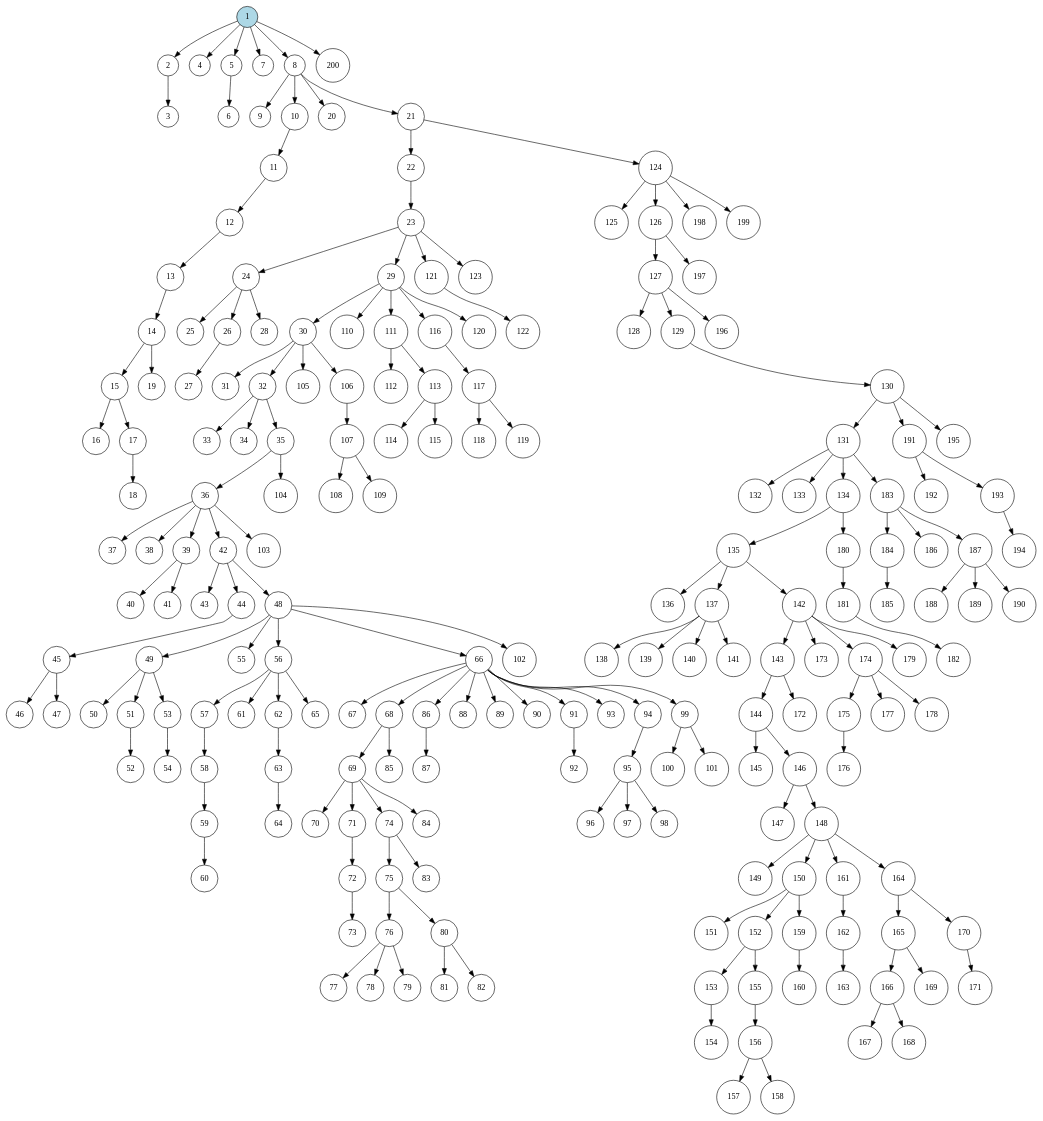
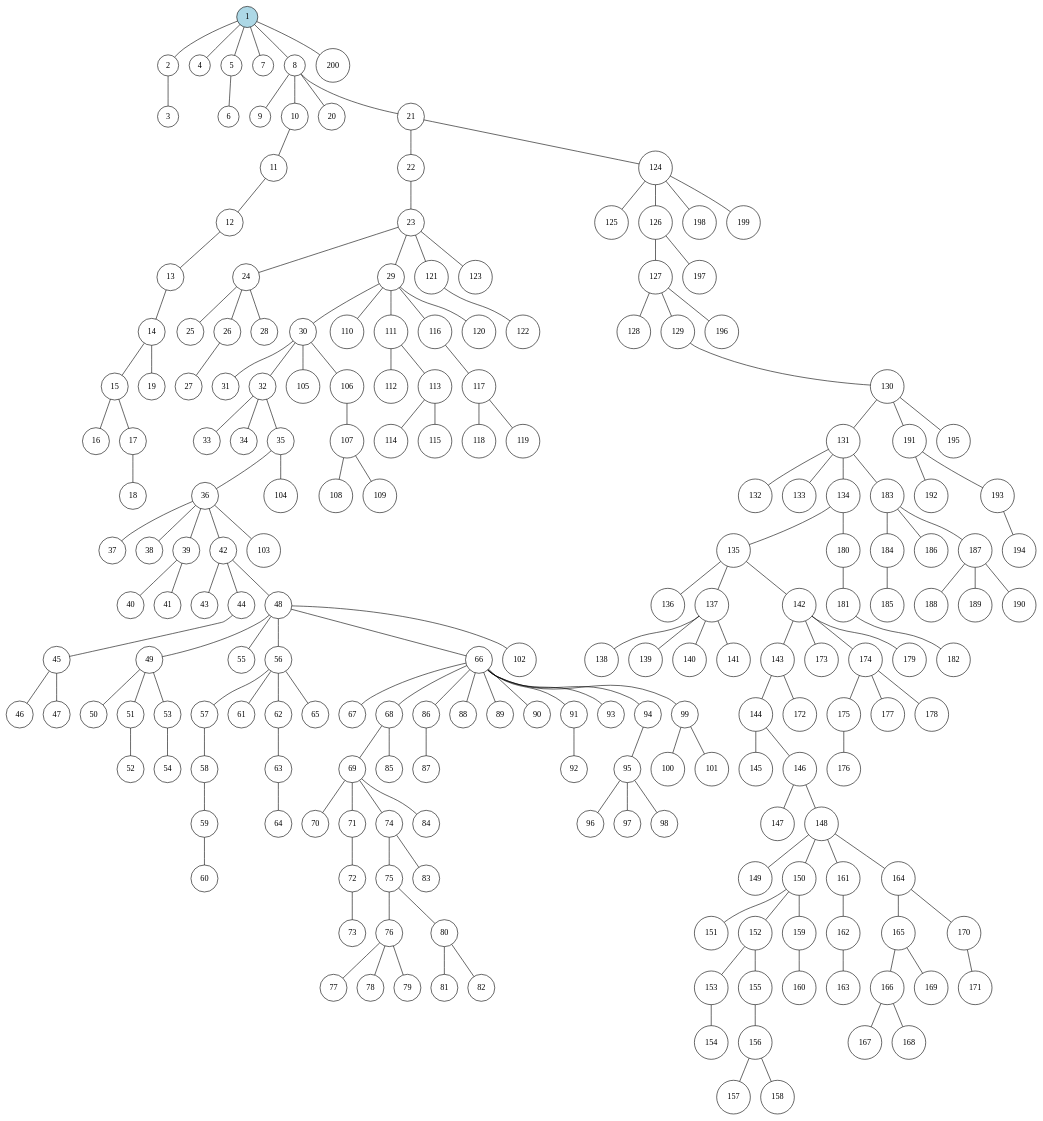
The diagram in results/dot/random-200.dot (goga-59/tree-reconstruction), drawn with Graphviz before and after one commit. The commit also changed 22 other files, not shown here.

```diff
--- a/results/dot/random-200.dot
+++ b/results/dot/random-200.dot
@@ -1,204 +1,203 @@
-digraph Tree {
-	graph [ordering=out];
+graph Tree {
 	node [shape=circle];
 	1 [style=filled, fillcolor=lightblue];
-	1 -> 2;
-	2 -> 3;
-	1 -> 4;
-	1 -> 5;
-	5 -> 6;
-	1 -> 7;
-	1 -> 8;
-	8 -> 9;
-	8 -> 10;
-	10 -> 11;
-	11 -> 12;
-	12 -> 13;
-	13 -> 14;
-	14 -> 15;
-	15 -> 16;
-	15 -> 17;
-	17 -> 18;
-	14 -> 19;
-	8 -> 20;
-	8 -> 21;
-	21 -> 22;
-	22 -> 23;
-	23 -> 24;
-	24 -> 25;
-	24 -> 26;
-	26 -> 27;
-	24 -> 28;
-	23 -> 29;
-	29 -> 30;
-	30 -> 31;
-	30 -> 32;
-	32 -> 33;
-	32 -> 34;
-	32 -> 35;
-	35 -> 36;
-	36 -> 37;
-	36 -> 38;
-	36 -> 39;
-	39 -> 40;
-	39 -> 41;
-	36 -> 42;
-	42 -> 43;
-	42 -> 44;
-	44 -> 45;
-	45 -> 46;
-	45 -> 47;
-	42 -> 48;
-	48 -> 49;
-	49 -> 50;
-	49 -> 51;
-	51 -> 52;
-	49 -> 53;
-	53 -> 54;
-	48 -> 55;
-	48 -> 56;
-	56 -> 57;
-	57 -> 58;
-	58 -> 59;
-	59 -> 60;
-	56 -> 61;
-	56 -> 62;
-	62 -> 63;
-	63 -> 64;
-	56 -> 65;
-	48 -> 66;
-	66 -> 67;
-	66 -> 68;
-	68 -> 69;
-	69 -> 70;
-	69 -> 71;
-	71 -> 72;
-	72 -> 73;
-	69 -> 74;
-	74 -> 75;
-	75 -> 76;
-	76 -> 77;
-	76 -> 78;
-	76 -> 79;
-	75 -> 80;
-	80 -> 81;
-	80 -> 82;
-	74 -> 83;
-	69 -> 84;
-	68 -> 85;
-	66 -> 86;
-	86 -> 87;
-	66 -> 88;
-	66 -> 89;
-	66 -> 90;
-	66 -> 91;
-	91 -> 92;
-	66 -> 93;
-	66 -> 94;
-	94 -> 95;
-	95 -> 96;
-	95 -> 97;
-	95 -> 98;
-	66 -> 99;
-	99 -> 100;
-	99 -> 101;
-	48 -> 102;
-	36 -> 103;
-	35 -> 104;
-	30 -> 105;
-	30 -> 106;
-	106 -> 107;
-	107 -> 108;
-	107 -> 109;
-	29 -> 110;
-	29 -> 111;
-	111 -> 112;
-	111 -> 113;
-	113 -> 114;
-	113 -> 115;
-	29 -> 116;
-	116 -> 117;
-	117 -> 118;
-	117 -> 119;
-	29 -> 120;
-	23 -> 121;
-	121 -> 122;
-	23 -> 123;
-	21 -> 124;
-	124 -> 125;
-	124 -> 126;
-	126 -> 127;
-	127 -> 128;
-	127 -> 129;
-	129 -> 130;
-	130 -> 131;
-	131 -> 132;
-	131 -> 133;
-	131 -> 134;
-	134 -> 135;
-	135 -> 136;
-	135 -> 137;
-	137 -> 138;
-	137 -> 139;
-	137 -> 140;
-	137 -> 141;
-	135 -> 142;
-	142 -> 143;
-	143 -> 144;
-	144 -> 145;
-	144 -> 146;
-	146 -> 147;
-	146 -> 148;
-	148 -> 149;
-	148 -> 150;
-	150 -> 151;
-	150 -> 152;
-	152 -> 153;
-	153 -> 154;
-	152 -> 155;
-	155 -> 156;
-	156 -> 157;
-	156 -> 158;
-	150 -> 159;
-	159 -> 160;
-	148 -> 161;
-	161 -> 162;
-	162 -> 163;
-	148 -> 164;
-	164 -> 165;
-	165 -> 166;
-	166 -> 167;
-	166 -> 168;
-	165 -> 169;
-	164 -> 170;
-	170 -> 171;
-	143 -> 172;
-	142 -> 173;
-	142 -> 174;
-	174 -> 175;
-	175 -> 176;
-	174 -> 177;
-	174 -> 178;
-	142 -> 179;
-	134 -> 180;
-	180 -> 181;
-	181 -> 182;
-	131 -> 183;
-	183 -> 184;
-	184 -> 185;
-	183 -> 186;
-	183 -> 187;
-	187 -> 188;
-	187 -> 189;
-	187 -> 190;
-	130 -> 191;
-	191 -> 192;
-	191 -> 193;
-	193 -> 194;
-	130 -> 195;
-	127 -> 196;
-	126 -> 197;
-	124 -> 198;
-	124 -> 199;
-	1 -> 200;
+	1 -- 2;
+	2 -- 3;
+	1 -- 4;
+	1 -- 5;
+	5 -- 6;
+	1 -- 7;
+	1 -- 8;
+	8 -- 9;
+	8 -- 10;
+	10 -- 11;
+	11 -- 12;
+	12 -- 13;
+	13 -- 14;
+	14 -- 15;
+	15 -- 16;
+	15 -- 17;
+	17 -- 18;
+	14 -- 19;
+	8 -- 20;
+	8 -- 21;
+	21 -- 22;
+	22 -- 23;
+	23 -- 24;
+	24 -- 25;
+	24 -- 26;
+	26 -- 27;
+	24 -- 28;
+	23 -- 29;
+	29 -- 30;
+	30 -- 31;
+	30 -- 32;
+	32 -- 33;
+	32 -- 34;
+	32 -- 35;
+	35 -- 36;
+	36 -- 37;
+	36 -- 38;
+	36 -- 39;
+	39 -- 40;
+	39 -- 41;
+	36 -- 42;
+	42 -- 43;
+	42 -- 44;
+	44 -- 45;
+	45 -- 46;
+	45 -- 47;
+	42 -- 48;
+	48 -- 49;
+	49 -- 50;
+	49 -- 51;
+	51 -- 52;
+	49 -- 53;
+	53 -- 54;
+	48 -- 55;
+	48 -- 56;
+	56 -- 57;
+	57 -- 58;
+	58 -- 59;
+	59 -- 60;
+	56 -- 61;
+	56 -- 62;
+	62 -- 63;
+	63 -- 64;
+	56 -- 65;
+	48 -- 66;
+	66 -- 67;
+	66 -- 68;
+	68 -- 69;
+	69 -- 70;
+	69 -- 71;
+	71 -- 72;
+	72 -- 73;
+	69 -- 74;
+	74 -- 75;
+	75 -- 76;
+	76 -- 77;
+	76 -- 78;
+	76 -- 79;
+	75 -- 80;
+	80 -- 81;
+	80 -- 82;
+	74 -- 83;
+	69 -- 84;
+	68 -- 85;
+	66 -- 86;
+	86 -- 87;
+	66 -- 88;
+	66 -- 89;
+	66 -- 90;
+	66 -- 91;
+	91 -- 92;
+	66 -- 93;
+	66 -- 94;
+	94 -- 95;
+	95 -- 96;
+	95 -- 97;
+	95 -- 98;
+	66 -- 99;
+	99 -- 100;
+	99 -- 101;
+	48 -- 102;
+	36 -- 103;
+	35 -- 104;
+	30 -- 105;
+	30 -- 106;
+	106 -- 107;
+	107 -- 108;
+	107 -- 109;
+	29 -- 110;
+	29 -- 111;
+	111 -- 112;
+	111 -- 113;
+	113 -- 114;
+	113 -- 115;
+	29 -- 116;
+	116 -- 117;
+	117 -- 118;
+	117 -- 119;
+	29 -- 120;
+	23 -- 121;
+	121 -- 122;
+	23 -- 123;
+	21 -- 124;
+	124 -- 125;
+	124 -- 126;
+	126 -- 127;
+	127 -- 128;
+	127 -- 129;
+	129 -- 130;
+	130 -- 131;
+	131 -- 132;
+	131 -- 133;
+	131 -- 134;
+	134 -- 135;
+	135 -- 136;
+	135 -- 137;
+	137 -- 138;
+	137 -- 139;
+	137 -- 140;
+	137 -- 141;
+	135 -- 142;
+	142 -- 143;
+	143 -- 144;
+	144 -- 145;
+	144 -- 146;
+	146 -- 147;
+	146 -- 148;
+	148 -- 149;
+	148 -- 150;
+	150 -- 151;
+	150 -- 152;
+	152 -- 153;
+	153 -- 154;
+	152 -- 155;
+	155 -- 156;
+	156 -- 157;
+	156 -- 158;
+	150 -- 159;
+	159 -- 160;
+	148 -- 161;
+	161 -- 162;
+	162 -- 163;
+	148 -- 164;
+	164 -- 165;
+	165 -- 166;
+	166 -- 167;
+	166 -- 168;
+	165 -- 169;
+	164 -- 170;
+	170 -- 171;
+	143 -- 172;
+	142 -- 173;
+	142 -- 174;
+	174 -- 175;
+	175 -- 176;
+	174 -- 177;
+	174 -- 178;
+	142 -- 179;
+	134 -- 180;
+	180 -- 181;
+	181 -- 182;
+	131 -- 183;
+	183 -- 184;
+	184 -- 185;
+	183 -- 186;
+	183 -- 187;
+	187 -- 188;
+	187 -- 189;
+	187 -- 190;
+	130 -- 191;
+	191 -- 192;
+	191 -- 193;
+	193 -- 194;
+	130 -- 195;
+	127 -- 196;
+	126 -- 197;
+	124 -- 198;
+	124 -- 199;
+	1 -- 200;
 }
```
